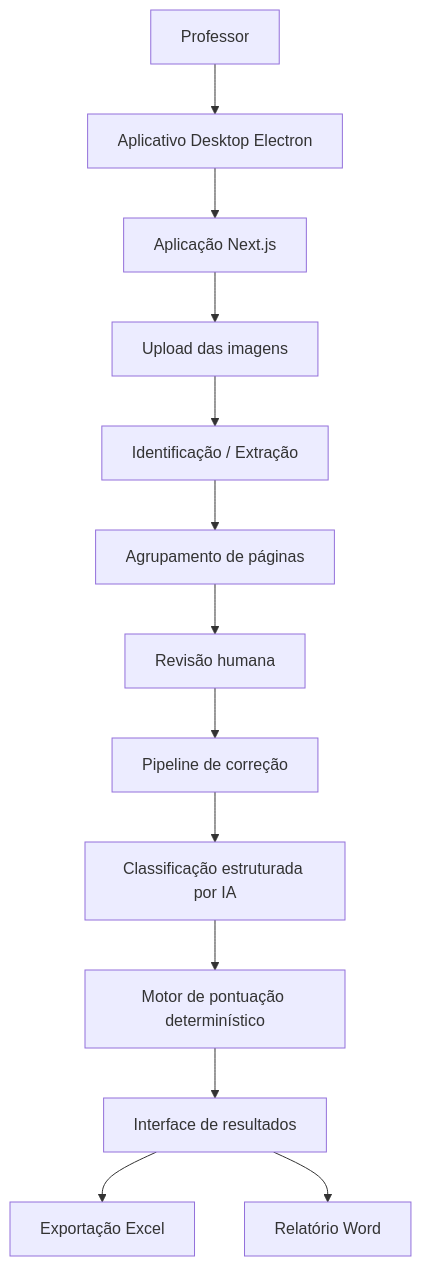
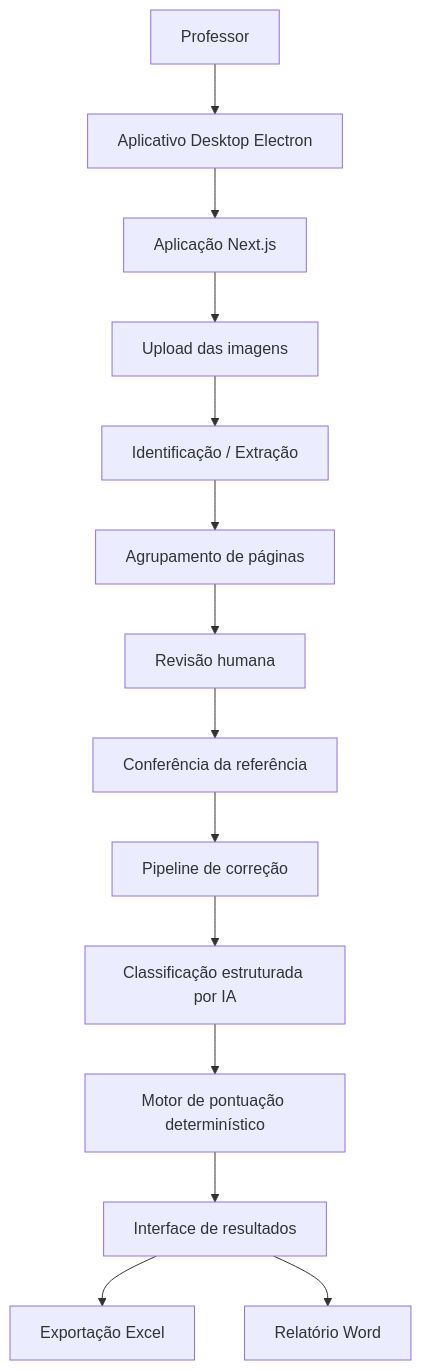
Before and after one commit to PedroFrancischeto1898/corretor-provas-ai: the diagram in README.pt-BR.md, drawn with Mermaid. The commit also changed other lines of this file and 38 other files, not shown here.

````diff
--- a/README.pt-BR.md
+++ b/README.pt-BR.md
@@ -206,15 +210,16 @@
 ```mermaid
 flowchart TD
     A[Professor] --> B[Aplicativo Desktop Electron]
     B --> C[Aplicação Next.js]
     C --> D[Upload das imagens]
     D --> E[Identificação / Extração]
     E --> F[Agrupamento de páginas]
     F --> G[Revisão humana]
-    G --> H[Pipeline de correção]
+    G --> R[Conferência da referência]
+    R --> H[Pipeline de correção]
     H --> I[Classificação estruturada por IA]
     I --> J[Motor de pontuação determinístico]
     J --> K[Interface de resultados]
     K --> L[Exportação Excel]
     K --> M[Relatório Word]
 ```
````
